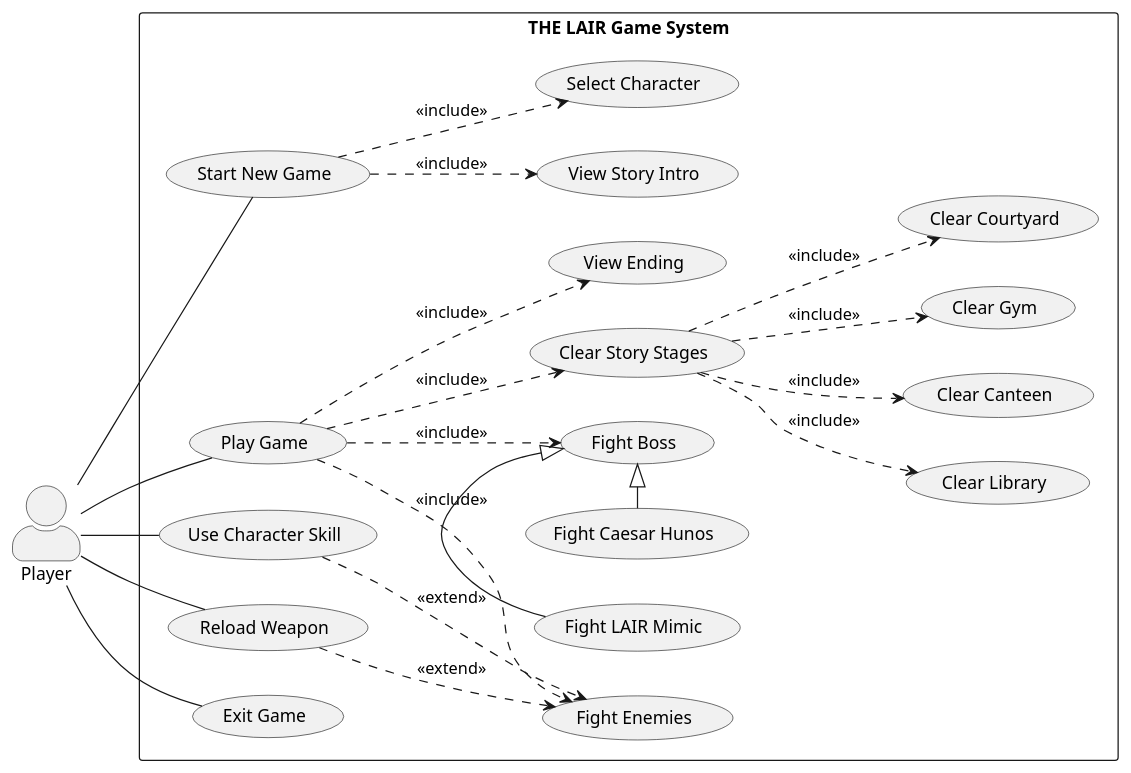
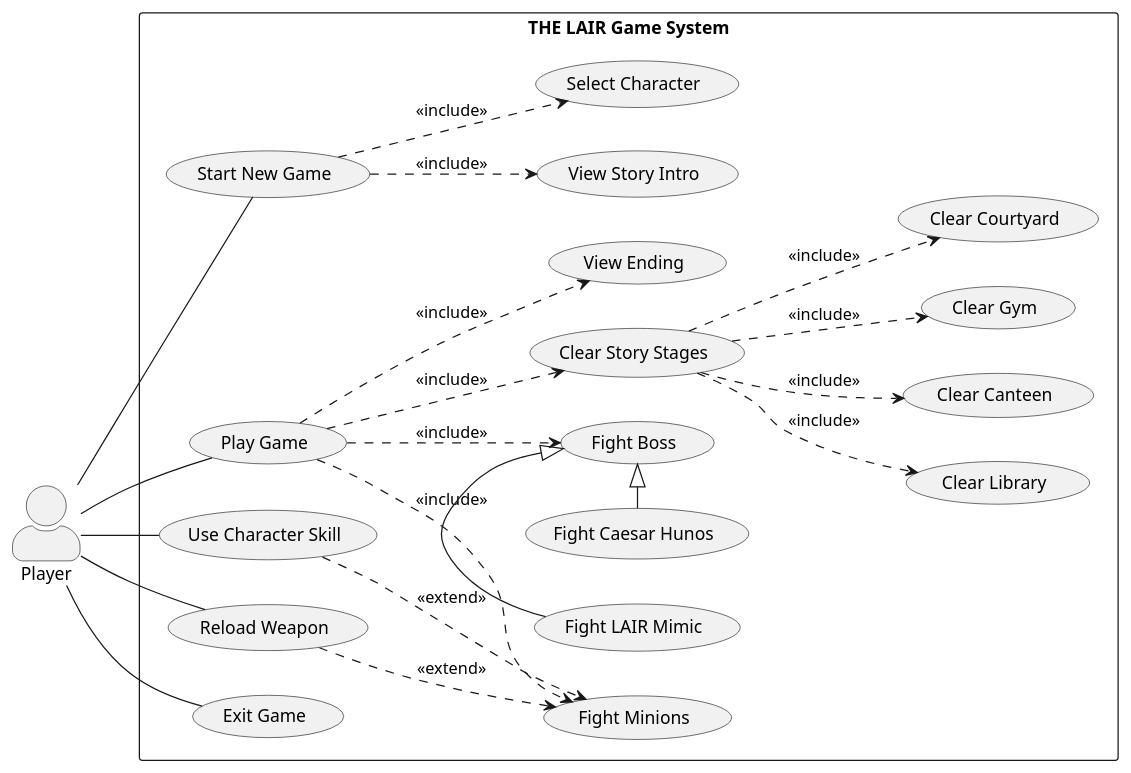
The diagram in docs/use-case-diagram.puml (x1ren/Lair---FinalOOP-project), drawn with PlantUML before and after one commit. The commit also changed 2 other files, not shown here.

Commit message:
docs(uml): clarify combat use cases

```diff
--- a/docs/use-case-diagram.puml
+++ b/docs/use-case-diagram.puml
@@ -1,53 +1,53 @@
 @startuml
 left to right direction
 skinparam packageStyle rectangle
 skinparam actorStyle awesome
 
 actor Player
 
 rectangle "THE LAIR Game System" {
   usecase "Start New Game" as UC_Start
   usecase "View Story Intro" as UC_Intro
   usecase "Select Character" as UC_SelectCharacter
   usecase "Play Game" as UC_Play
   usecase "Clear Story Stages" as UC_Stages
   usecase "Clear Library" as UC_Library
   usecase "Clear Canteen" as UC_Canteen
   usecase "Clear Gym" as UC_Gym
   usecase "Clear Courtyard" as UC_Courtyard
-  usecase "Fight Enemies" as UC_FightEnemies
+  usecase "Fight Minions" as UC_FightEnemies
   usecase "Fight Boss" as UC_FightBoss
   usecase "Fight Caesar Hunos" as UC_Caesar
   usecase "Fight LAIR Mimic" as UC_Khai
   usecase "Use Character Skill" as UC_Skill
   usecase "Reload Weapon" as UC_Reload
   usecase "View Ending" as UC_Ending
   usecase "Exit Game" as UC_Exit
 }
 
 Player -- UC_Start
 Player -- UC_Play
 Player -- UC_Skill
 Player -- UC_Reload
 Player -- UC_Exit
 
 UC_Start ..> UC_Intro : <<include>>
 UC_Start ..> UC_SelectCharacter : <<include>>
 
 UC_Play ..> UC_Stages : <<include>>
 UC_Play ..> UC_FightEnemies : <<include>>
 UC_Play ..> UC_FightBoss : <<include>>
 UC_Play ..> UC_Ending : <<include>>
 
 UC_Stages ..> UC_Library : <<include>>
 UC_Stages ..> UC_Canteen : <<include>>
 UC_Stages ..> UC_Gym : <<include>>
 UC_Stages ..> UC_Courtyard : <<include>>
 
 UC_Skill ..> UC_FightEnemies : <<extend>>
 UC_Reload ..> UC_FightEnemies : <<extend>>
 
 UC_Caesar -|> UC_FightBoss
 UC_Khai -|> UC_FightBoss
 
 @enduml
```
